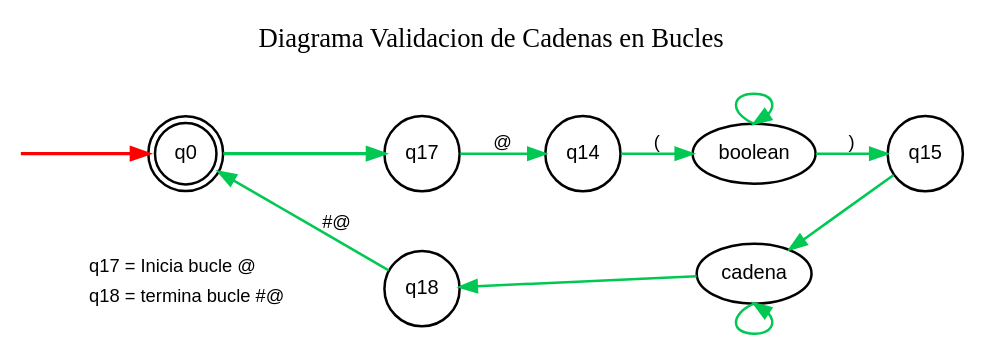
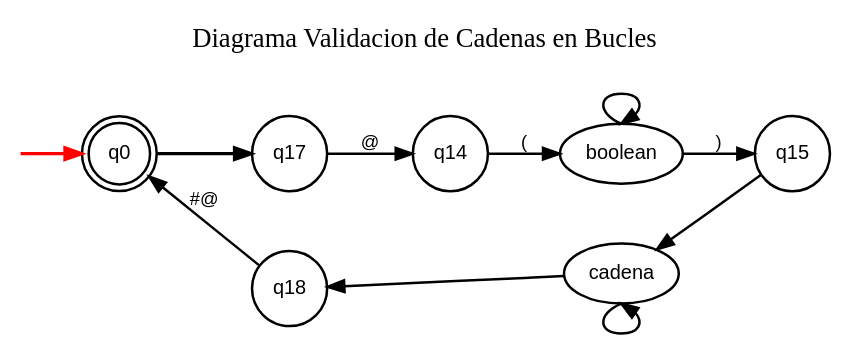
Before and after one commit to Rpinto30/KVX-08-LAN: the diagram in Diagramas/loops.dot, drawn with Graphviz. The commit also changed 5 other files, not shown here.

Commit message:
Arreglo de errores en diagramas

```diff
--- a/Diagramas/loops.dot
+++ b/Diagramas/loops.dot
@@ -1,48 +1,40 @@
 digraph Grafico7 {
     rankdir=LR;
     labelloc="t";
     label="Diagrama Validacion de Cadenas en Bucles\n\n";
     fontsize=16;
     fontname="Arial Bold";
     node [fontname="Arial", fontsize=12, penwidth=1.5];
     edge [fontname="Arial", fontsize=11, penwidth=1.5];
 
     inicio [shape=none, label="", width=0, height=0];
     q0 [shape=doublecircle, label="q0"];
     q17 [shape=circle, label="q17"];
     q14 [shape=circle, label="q14"];
     boolean [shape=ellipse, label="boolean"];
     q15 [shape=circle, label="q15"];
     q18 [shape=circle, label="q18"];
     cadena [shape=ellipse, label="cadena"];
 
-    leyenda [shape=none, margin=0, label=<
-        <table border="0" cellborder="0" cellspacing="2" align="left">
-            <tr><td align="left">q17 = Inicia bucle @</td></tr>
-            <tr><td align="left">q18 = termina bucle #@</td></tr>
-        </table>
-    >, fontsize=11];
 
-    { rank=same; q0; leyenda; }
-    { rank=same; q17; q18; }      // Fija q18 exactamente debajo de q17
-    { rank=same; boolean; cadena; } // Fija cadena exactamente debajo de boolean
 
-    q0 -> leyenda [style=invis, weight=10];
+    { rank=same; q17; q18; }     
+    { rank=same; boolean; cadena; } 
+
     q17 -> q18 [style=invis, weight=10];
     boolean -> cadena [style=invis, weight=10];
 
     inicio -> q0 [color="red", penwidth=2];
 
-    // Fila horizontal principal (flujo recto)
-    q0 -> q17 [color="#00C853", penwidth=2, weight=10];
-    q17 -> q14 [label=" @", color="#00C853", weight=10];
-    q14 -> boolean [label=" (", color="#00C853", weight=10];
-    boolean -> q15 [label=" )", color="#00C853", weight=10];
+    q0 -> q17 [color="black", penwidth=2, weight=10];
+    q17 -> q14 [label=" @", color="black", weight=10];
+    q14 -> boolean [label=" (", color="black", weight=10];
+    boolean -> q15 [label=" )", color="black", weight=10];
 
-    boolean:n -> boolean:n [color="#00C853"];
-    cadena:s -> cadena:s [color="#00C853"];
+    boolean:n -> boolean:n [color="black"];
+    cadena:s -> cadena:s [color="black"];
 
-    q15 -> cadena [color="#00C853", constraint=false];
-    cadena -> q18 [color="#00C853", constraint=false];
-    q18 -> q0 [label=" #@", color="#00C853", constraint=false];
+    q15 -> cadena [color="black", constraint=false];
+    cadena -> q18 [color="black", constraint=false];
+    q18 -> q0 [label=" #@", color="black", constraint=false];
 }
```
